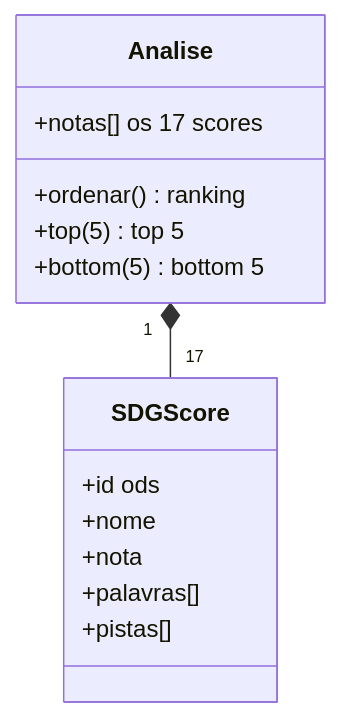
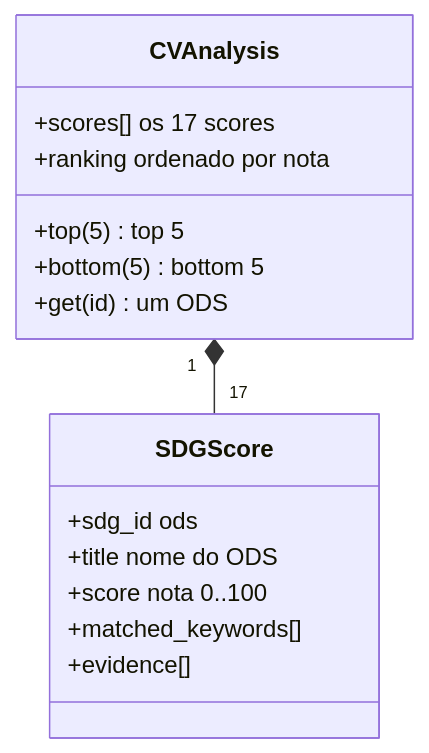
The fifth of 5 diagrams in docs/03-modelo-de-dados.md (frederico-mello/cv-ods-classifier), drawn with Mermaid before and after one commit. The commit also changed other lines of this file and 31 other files, not shown here.

````diff
--- a/docs/03-modelo-de-dados.md
+++ b/docs/03-modelo-de-dados.md
@@ -143,17 +211,18 @@
 ```mermaid
 classDiagram
     class SDGScore {
-        +id ods
-        +nome
-        +nota
-        +palavras[]
-        +pistas[]
+        +sdg_id ods
+        +title nome do ODS
+        +score nota 0..100
+        +matched_keywords[]
+        +evidence[]
     }
-    class Analise {
-        +notas[] os 17 scores
-        +ordenar() ranking
+    class CVAnalysis {
+        +scores[] os 17 scores
+        +ranking ordenado por nota
         +top(5) top 5
         +bottom(5) bottom 5
+        +get(id) um ODS
     }
-    Analise "1" *-- "17" SDGScore
+    CVAnalysis "1" *-- "17" SDGScore
 ```
````
